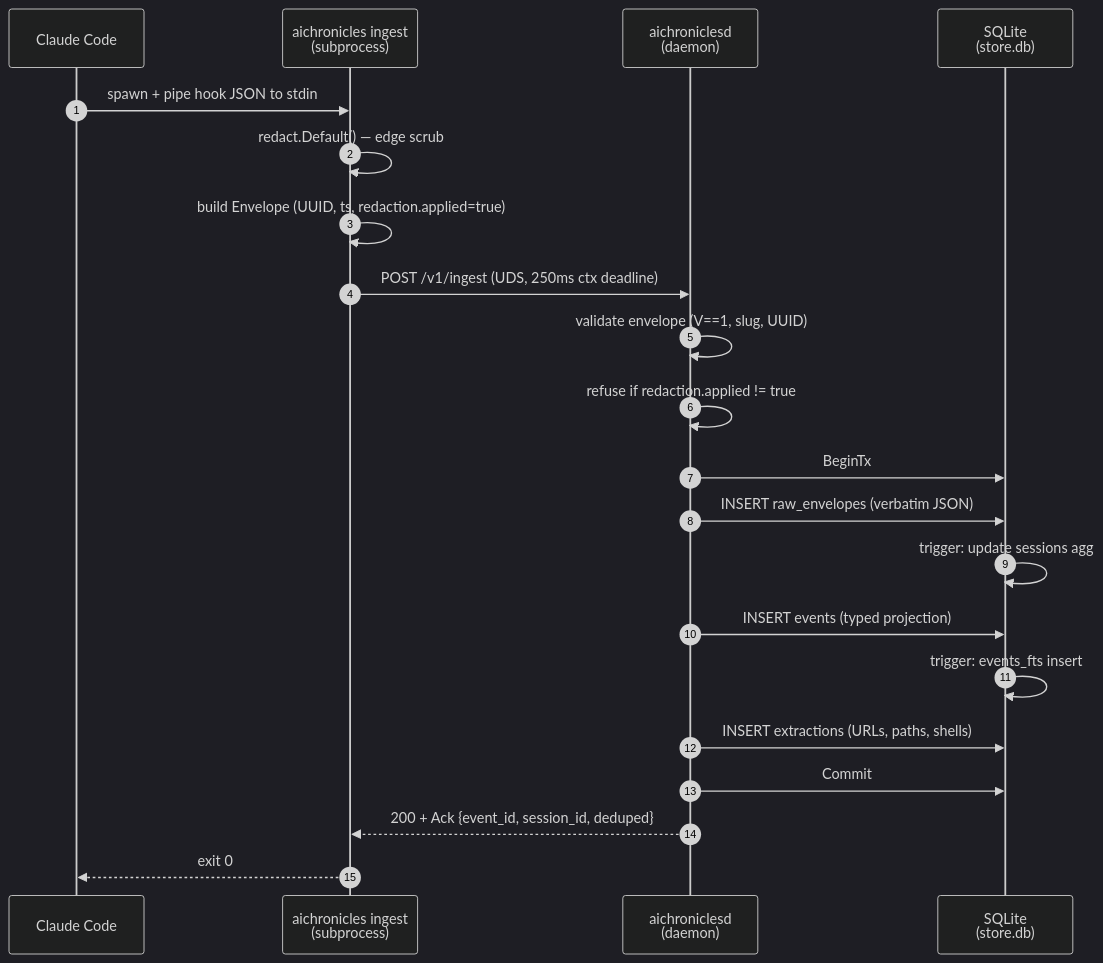
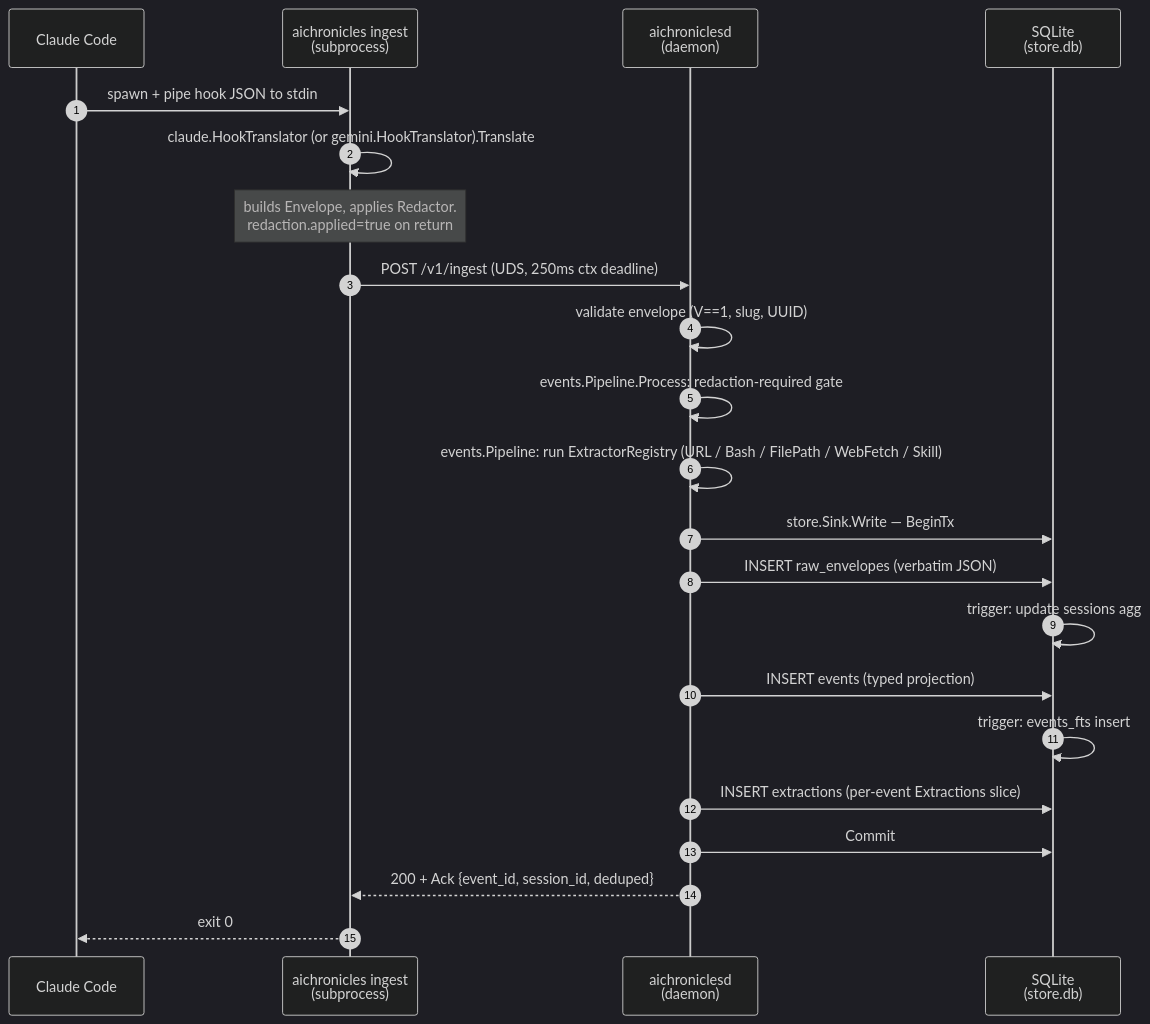
Before and after one commit to toabctl/aichronicles: the first of 5 diagrams in docs/explanation/data-flow.md, drawn with Mermaid (dark theme). The commit also changed other lines of this file and 1 other file, not shown here.

First paragraph of the commit message:
docs(architecture): rewrite for the pkg/events refactor
The architecture.md page had drifted significantly during the
events-package refactor. References to internal/ingest,
pkg/ingest/extract, the in-process daemon sweepers, and old
line numbers were all stale.

````diff
--- a/docs/explanation/data-flow.md
+++ b/docs/explanation/data-flow.md
@@ -42,24 +42,25 @@
 ```mermaid
 sequenceDiagram
     autonumber
     participant CC as Claude Code
     participant IC as aichronicles ingest<br/>(subprocess)
     participant D as aichroniclesd<br/>(daemon)
     participant SQ as SQLite<br/>(store.db)
 
     CC->>IC: spawn + pipe hook JSON to stdin
-    IC->>IC: redact.Default() — edge scrub
-    IC->>IC: build Envelope (UUID, ts, redaction.applied=true)
+    IC->>IC: claude.HookTranslator (or gemini.HookTranslator).Translate
+    Note over IC: builds Envelope, applies Redactor.<br/>redaction.applied=true on return
     IC->>D: POST /v1/ingest (UDS, 250ms ctx deadline)
     D->>D: validate envelope (V==1, slug, UUID)
-    D->>D: refuse if redaction.applied != true
-    D->>SQ: BeginTx
+    D->>D: events.Pipeline.Process: redaction-required gate
+    D->>D: events.Pipeline: run ExtractorRegistry (URL / Bash / FilePath / WebFetch / Skill)
+    D->>SQ: store.Sink.Write — BeginTx
     D->>SQ: INSERT raw_envelopes (verbatim JSON)
     SQ->>SQ: trigger: update sessions agg
     D->>SQ: INSERT events (typed projection)
     SQ->>SQ: trigger: events_fts insert
-    D->>SQ: INSERT extractions (URLs, paths, shells)
+    D->>SQ: INSERT extractions (per-event Extractions slice)
     D->>SQ: Commit
     D-->>IC: 200 + Ack {event_id, session_id, deduped}
     IC-->>CC: exit 0
 ```
````
